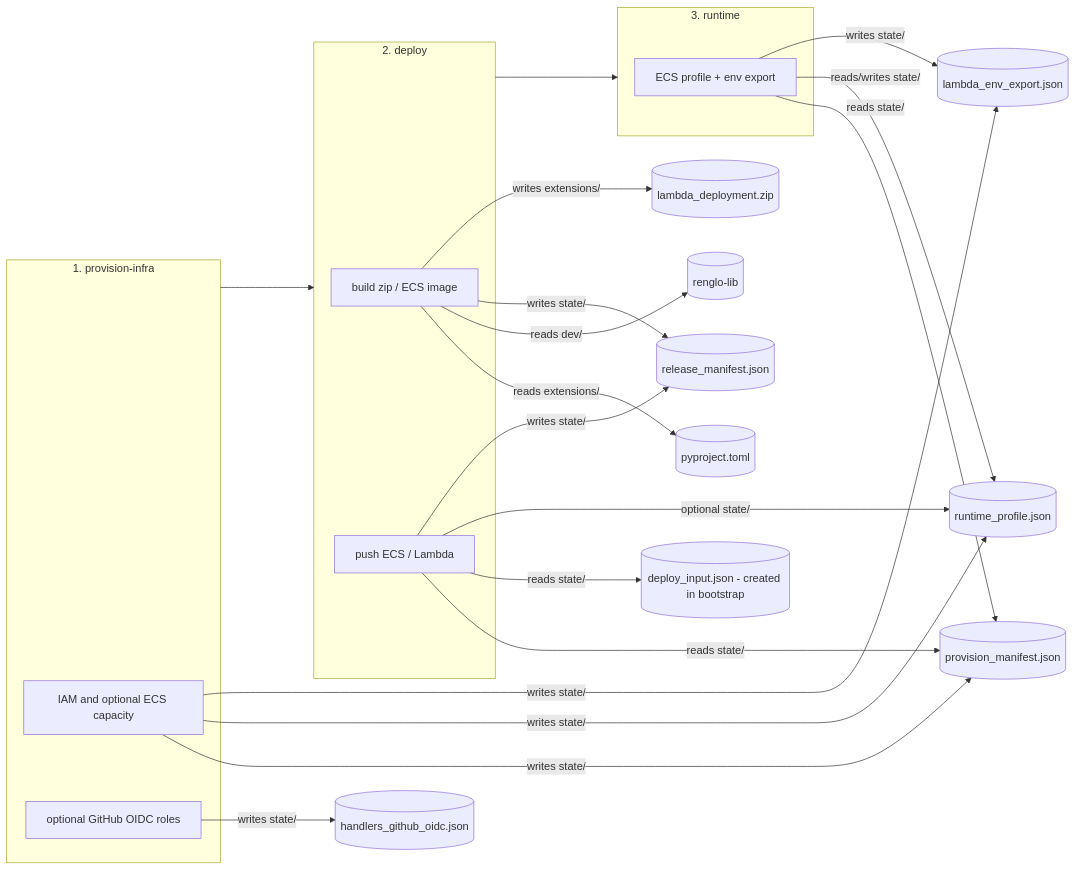
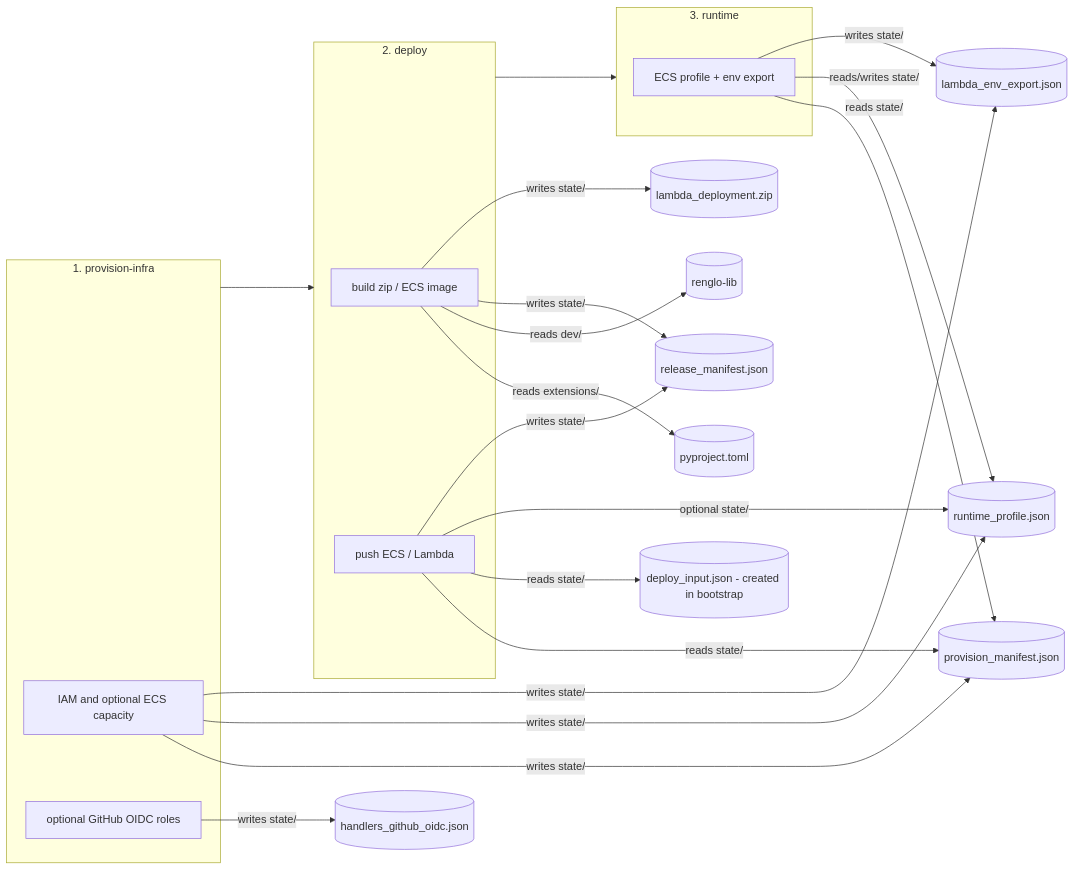
One commit to renglo/extensions-service changed the diagram in README.md. Above: the diagram before and after it, drawn with Mermaid. The commit also changed other lines of this file and 6 other files, not shown here.

Commit message:
Refactor deploy_flow and related scripts to enhance environment handling and support for extension repositories. Introduce new functions for state directory management and lambda deployment zip path retrieval. Update README for clarity on environment usage and command flags.

````diff
--- a/README.md
+++ b/README.md
@@ -302,34 +313,34 @@
 ```mermaid
 flowchart LR
   subgraph provision_infra [1. provision-infra]
     P[IAM and optional ECS capacity]
     OIDC[optional GitHub OIDC roles]
   end
 
   subgraph deploy_block [2. deploy]
     B[build zip / ECS image]
     U[push ECS / Lambda]
   end
 
   subgraph runtime_block [3. runtime]
     R[ECS profile + env export]
   end
 
   provision_infra --> deploy_block --> runtime_block
 
   P -->|"writes state/"| StateProv[(provision_manifest.json)]
   P -->|"writes state/"| RunProf[(runtime_profile.json)]
   P -->|"writes state/"| LambdaExport[(lambda_env_export.json)]
   OIDC -->|"writes state/"| OidcState[(handlers_github_oidc.json)]
   B -->|"reads extensions/"| PyToml[(pyproject.toml)]
   B -->|"reads dev/"| Renglo[(renglo-lib)]
   B -->|"writes state/"| Release[(release_manifest.json)]
-  B -->|"writes extensions/"| Zip[(lambda_deployment.zip)]
+  B -->|"writes state/"| Zip[(lambda_deployment.zip)]
   U -->|"reads state/"| StateProv
   U -->|"reads state/"| DeployIn[(deploy_input.json - created in bootstrap)]
   U -->|"optional state/"| RunProf
   U -->|"writes state/"| Release
   R -->|"reads state/"| StateProv
   R -->|"reads/writes state/"| RunProf
   R -->|"writes state/"| LambdaExport
 ```
````
